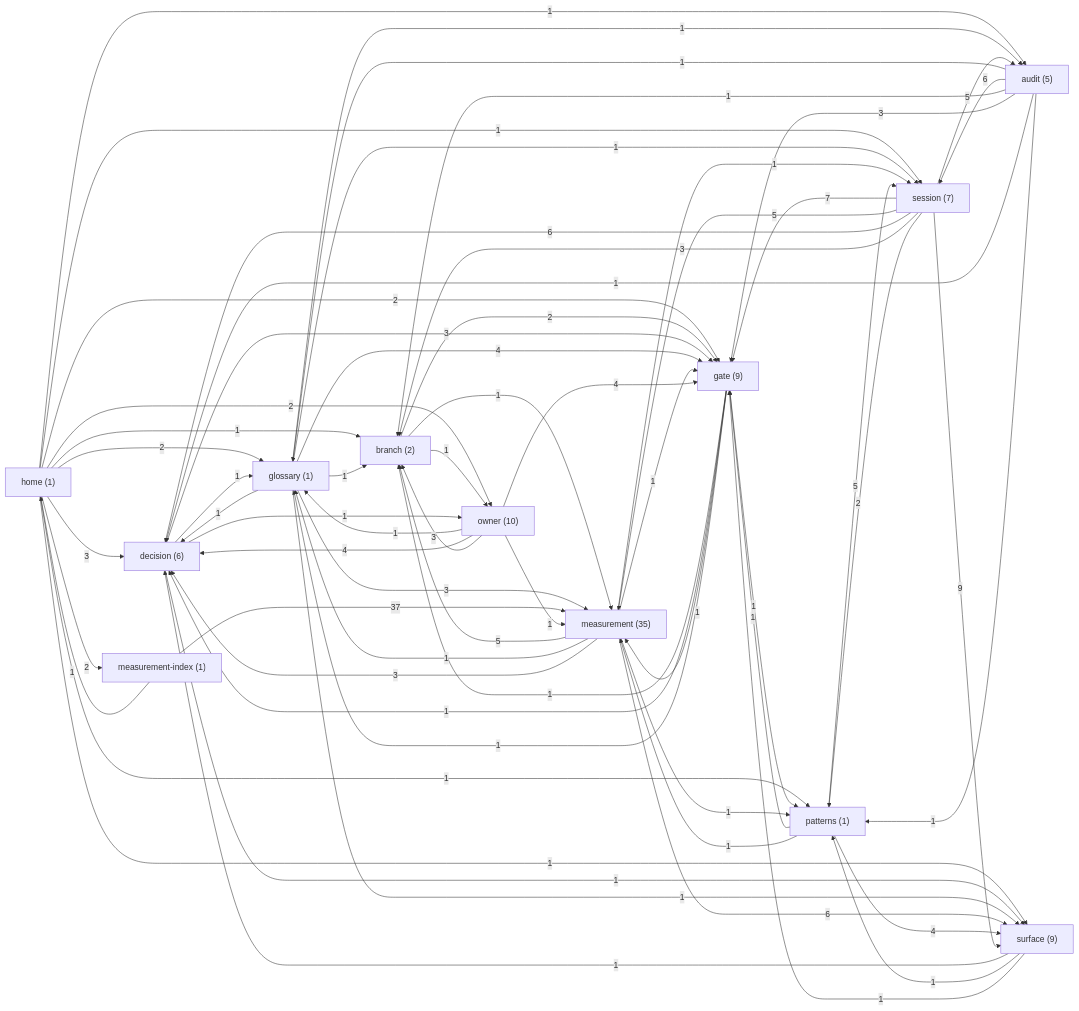
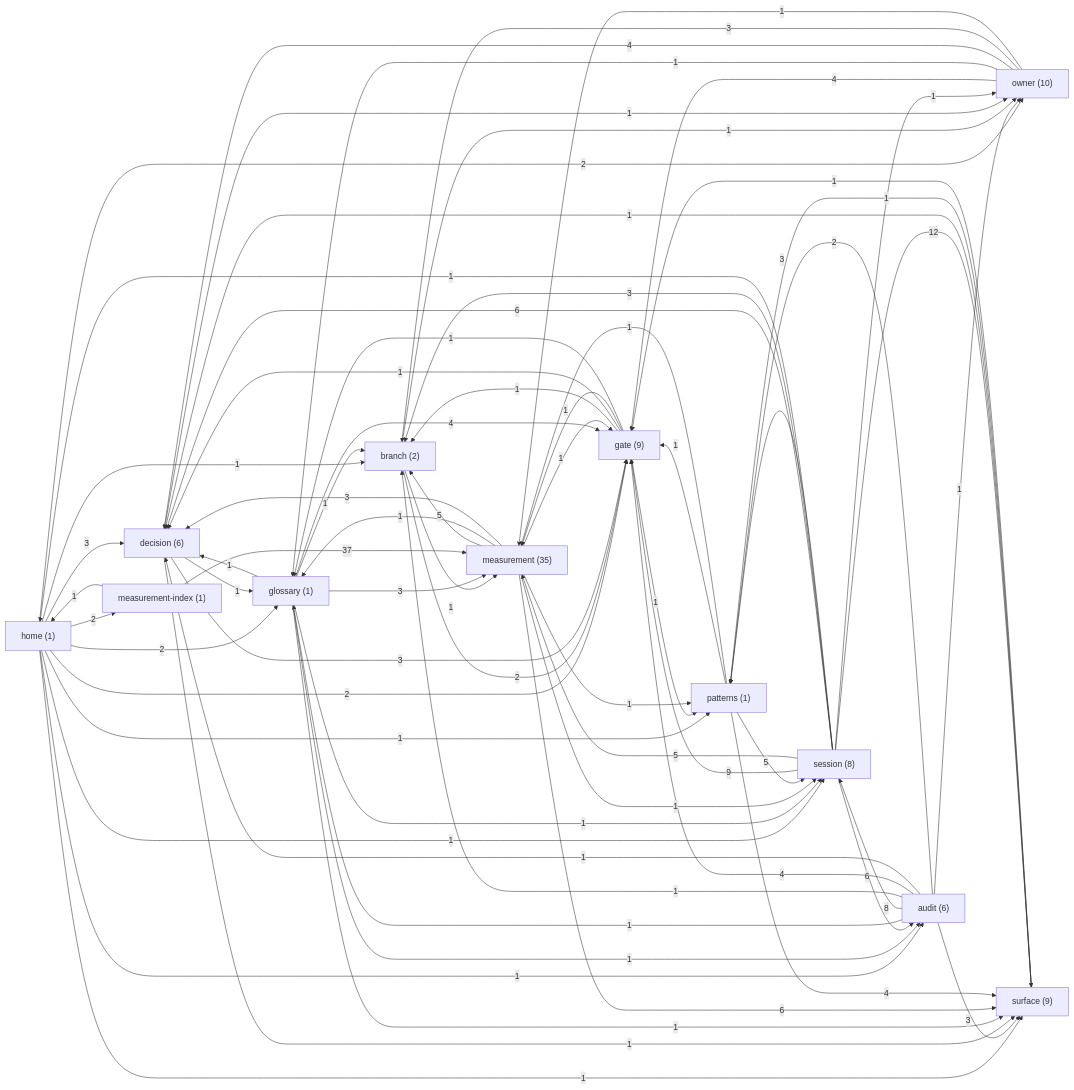
Before and after one commit to sergey9519546/STORYMACHINE: the diagram in docs/brain/GRAPH.md, drawn with Mermaid. The commit also changed other lines of this file and 15 other files, not shown here.

````diff
--- a/docs/brain/GRAPH.md
+++ b/docs/brain/GRAPH.md
@@ -9,78 +9,82 @@
 ```mermaid
 graph LR
   home["home (1)"]
-  audit["audit (5)"]
+  audit["audit (6)"]
   branch["branch (2)"]
   decision["decision (6)"]
   gate["gate (9)"]
   glossary["glossary (1)"]
   measurement["measurement (35)"]
   measurement_index["measurement-index (1)"]
   owner["owner (10)"]
   patterns["patterns (1)"]
-  session["session (7)"]
+  session["session (8)"]
   surface["surface (9)"]
   home -->|3| decision
   home -->|2| glossary
   home -->|2| gate
   home -->|2| measurement_index
   home -->|2| owner
   home -->|1| surface
   home -->|1| session
   home -->|1| audit
   home -->|1| branch
   home -->|1| patterns
   audit -->|1| glossary
-  audit -->|6| session
+  audit -->|8| session
   audit -->|1| branch
-  audit -->|3| gate
+  audit -->|4| gate
   audit -->|1| decision
-  audit -->|1| patterns
+  audit -->|2| patterns
+  audit -->|1| owner
+  audit -->|3| surface
   branch -->|1| measurement
   branch -->|2| gate
   branch -->|1| owner
   decision -->|1| glossary
   decision -->|3| gate
   decision -->|1| surface
   decision -->|1| owner
   gate -->|1| branch
   gate -->|1| decision
   gate -->|1| measurement
   gate -->|1| patterns
   gate -->|1| glossary
   glossary -->|1| branch
   glossary -->|3| measurement
   glossary -->|1| surface
   glossary -->|4| gate
   glossary -->|1| session
   glossary -->|1| decision
   glossary -->|1| audit
   measurement -->|5| branch
   measurement -->|1| gate
   measurement -->|1| glossary
   measurement -->|1| session
   measurement -->|3| decision
   measurement -->|1| patterns
   measurement -->|6| surface
   measurement_index -->|1| home
   measurement_index -->|37| measurement
   owner -->|4| gate
   owner -->|1| glossary
   owner -->|4| decision
   owner -->|3| branch
   owner -->|1| measurement
   patterns -->|5| session
   patterns -->|4| surface
   patterns -->|1| gate
   patterns -->|1| measurement
-  session -->|7| gate
-  session -->|5| audit
+  session -->|9| gate
+  session -->|6| audit
   session -->|5| measurement
   session -->|6| decision
-  session -->|9| surface
+  session -->|12| surface
   session -->|3| branch
-  session -->|2| patterns
+  session -->|1| home
+  session -->|3| patterns
+  session -->|1| owner
   surface -->|1| decision
   surface -->|1| patterns
   surface -->|1| gate
 ```
````
